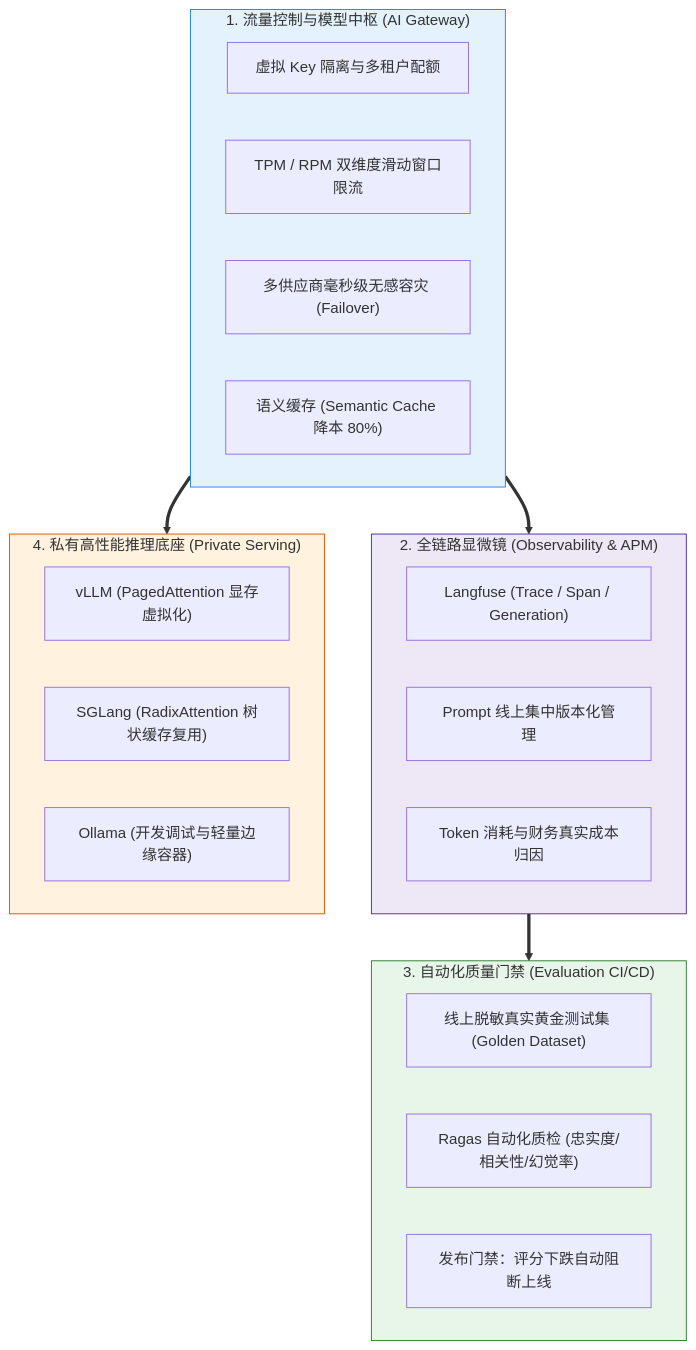
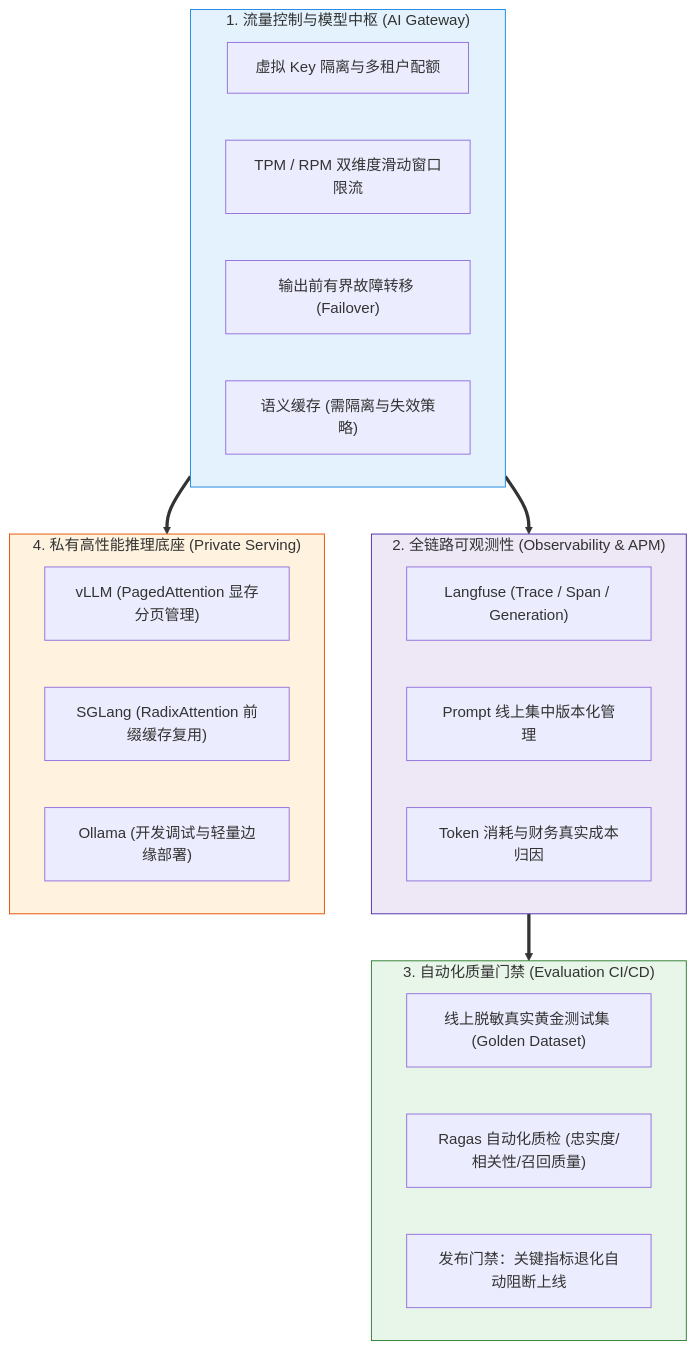
One commit to GuoWWWX/knowledge-base changed the diagram in 10-AI应用开发/06-平台与工程化/99-本章总结与复习.md. Above: the diagram before and after it, drawn with Mermaid. The commit also changed other lines of this file and 251 other files, not shown here.

````diff
--- a/10-AI应用开发/06-平台与工程化/99-本章总结与复习.md
+++ b/10-AI应用开发/06-平台与工程化/99-本章总结与复习.md
@@ -23,36 +23,36 @@
 ```mermaid
 graph TD
     subgraph S1["1. 流量控制与模型中枢 (AI Gateway)"]
         GW["虚拟 Key 隔离与多租户配额"]
         LIMIT["TPM / RPM 双维度滑动窗口限流"]
-        FAILOVER["多供应商毫秒级无感容灾 (Failover)"]
-        CACHE["语义缓存 (Semantic Cache 降本 80%)"]
+        FAILOVER["输出前有界故障转移 (Failover)"]
+        CACHE["语义缓存 (需隔离与失效策略)"]
     end
 
-    subgraph S2["2. 全链路显微镜 (Observability & APM)"]
+    subgraph S2["2. 全链路可观测性 (Observability & APM)"]
         LANGFUSE["Langfuse (Trace / Span / Generation)"]
         PROMPT_MGR["Prompt 线上集中版本化管理"]
         COST_TRACE["Token 消耗与财务真实成本归因"]
     end
 
     subgraph S3["3. 自动化质量门禁 (Evaluation CI/CD)"]
         DATASET["线上脱敏真实黄金测试集 (Golden Dataset)"]
-        RAGAS["Ragas 自动化质检 (忠实度/相关性/幻觉率)"]
-        GATE["发布门禁：评分下跌自动阻断上线"]
+        RAGAS["Ragas 自动化质检 (忠实度/相关性/召回质量)"]
+        GATE["发布门禁：关键指标退化自动阻断上线"]
     end
 
     subgraph S4["4. 私有高性能推理底座 (Private Serving)"]
-        VLLM["vLLM (PagedAttention 显存虚拟化)"]
-        SGLANG["SGLang (RadixAttention 树状缓存复用)"]
-        OLLAMA["Ollama (开发调试与轻量边缘容器)"]
+        VLLM["vLLM (PagedAttention 显存分页管理)"]
+        SGLANG["SGLang (RadixAttention 前缀缓存复用)"]
+        OLLAMA["Ollama (开发调试与轻量边缘部署)"]
     end
 
     S1 ==> S2
     S2 ==> S3
     S1 ==> S4
 
     style S1 fill:#e3f2fd,stroke:#1e88e5,stroke-width:1px
     style S2 fill:#ede7f6,stroke:#512da8,stroke-width:1px
     style S3 fill:#e8f5e9,stroke:#2e7d32,stroke-width:1px
     style S4 fill:#fff3e0,stroke:#e65100,stroke-width:1px
 ```
````
